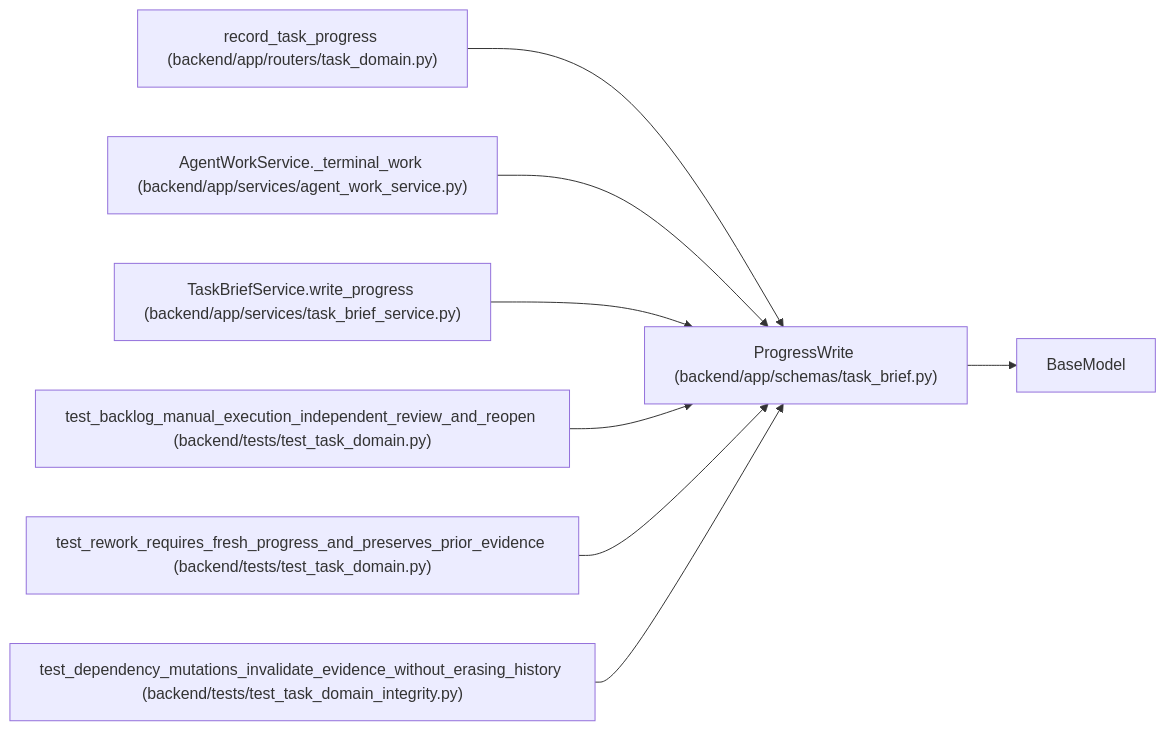
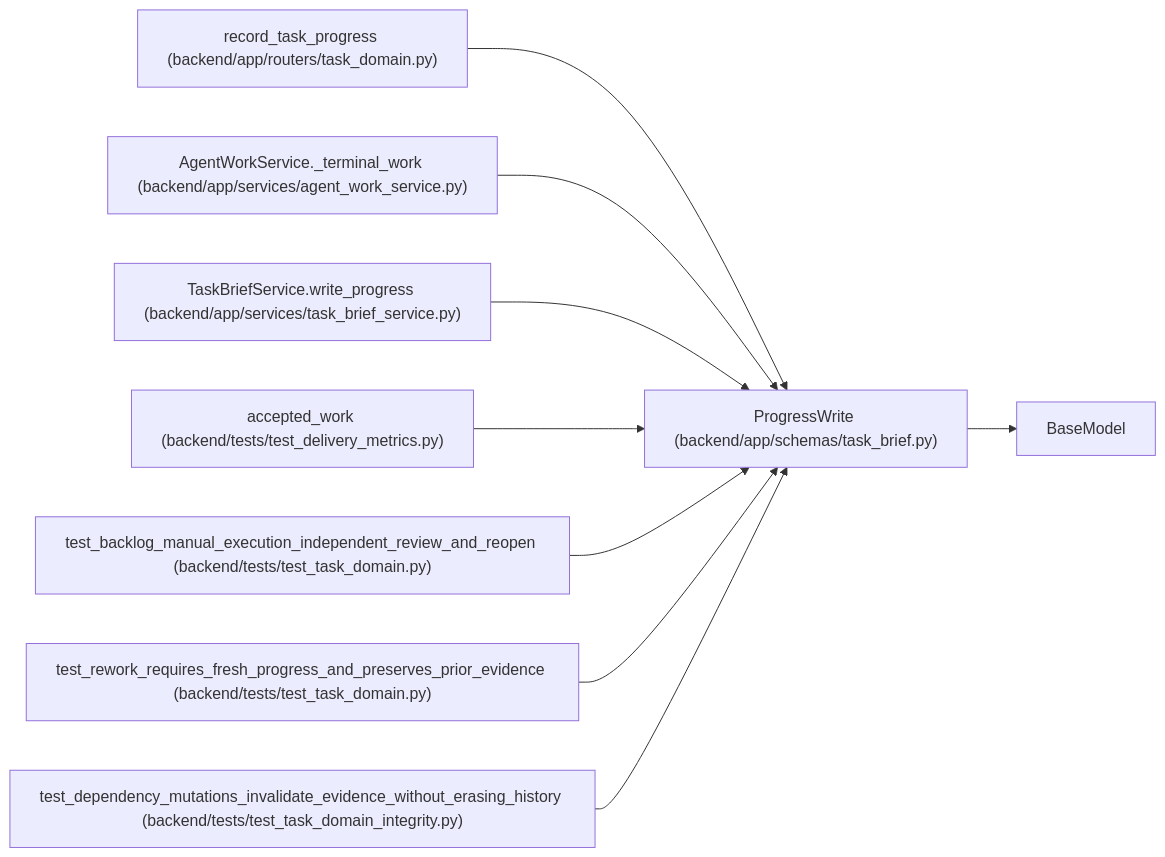
One commit to Denissvgn/WorkChord changed the diagram in docs/llm_wiki/entities/ProgressWrite.md. Above: the diagram before and after it, drawn with Mermaid. The commit also changed other lines of this file and 6624 other files, not shown here.

First line of the commit message:
Add verified Android workflows and external-agent execution evidence (#8)

````diff
--- a/docs/llm_wiki/entities/ProgressWrite.md
+++ b/docs/llm_wiki/entities/ProgressWrite.md
@@ -41,25 +41,28 @@
 ```mermaid
 flowchart LR
     n0["ProgressWrite (backend/app/schemas/task_brief.py)"]
     n1["BaseModel"]
     n2["record_task_progress (backend/app/routers/task_domain.py)"]
     n3["AgentWorkService._terminal_work (backend/app/services/agent_work_service.py)"]
     n4["TaskBriefService.write_progress (backend/app/services/task_brief_service.py)"]
-    n5["test_backlog_manual_execution_independent_review_and_reopen (backend/tests/test_task_domain.py)"]
-    n6["test_rework_requires_fresh_progress_and_preserves_prior_evidence (backend/tests/test_task_domain.py)"]
-    n7["test_dependency_mutations_invalidate_evidence_without_erasing_history (backend/tests/test_task_domain_integrity.py)"]
+    n5["accepted_work (backend/tests/test_delivery_metrics.py)"]
+    n6["test_backlog_manual_execution_independent_review_and_reopen (backend/tests/test_task_domain.py)"]
+    n7["test_rework_requires_fresh_progress_and_preserves_prior_evidence (backend/tests/test_task_domain.py)"]
+    n8["test_dependency_mutations_invalidate_evidence_without_erasing_history (backend/tests/test_task_domain_integrity.py)"]
     n0 --> n1
     n2 --> n0
     n3 --> n0
     n4 --> n0
     n5 --> n0
     n6 --> n0
     n7 --> n0
+    n8 --> n0
     click n0 "../modules/schemas_task_brief.md"
     click n2 "../modules/routers_task_domain.md"
     click n3 "../modules/agent_work_service.md"
     click n4 "../modules/task_brief_service.md"
-    click n5 "../modules/test_task_domain.md"
+    click n5 "../modules/test_delivery_metrics.md"
     click n6 "../modules/test_task_domain.md"
-    click n7 "../modules/test_task_domain_integrity.md"
+    click n7 "../modules/test_task_domain.md"
+    click n8 "../modules/test_task_domain_integrity.md"
 ```
````
